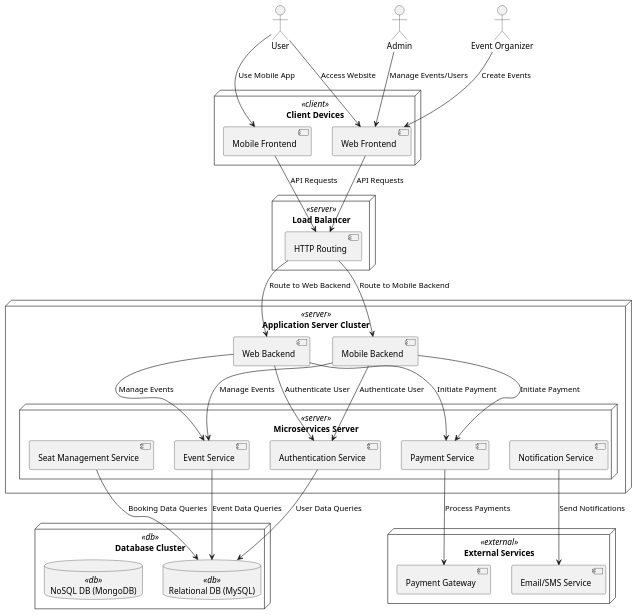
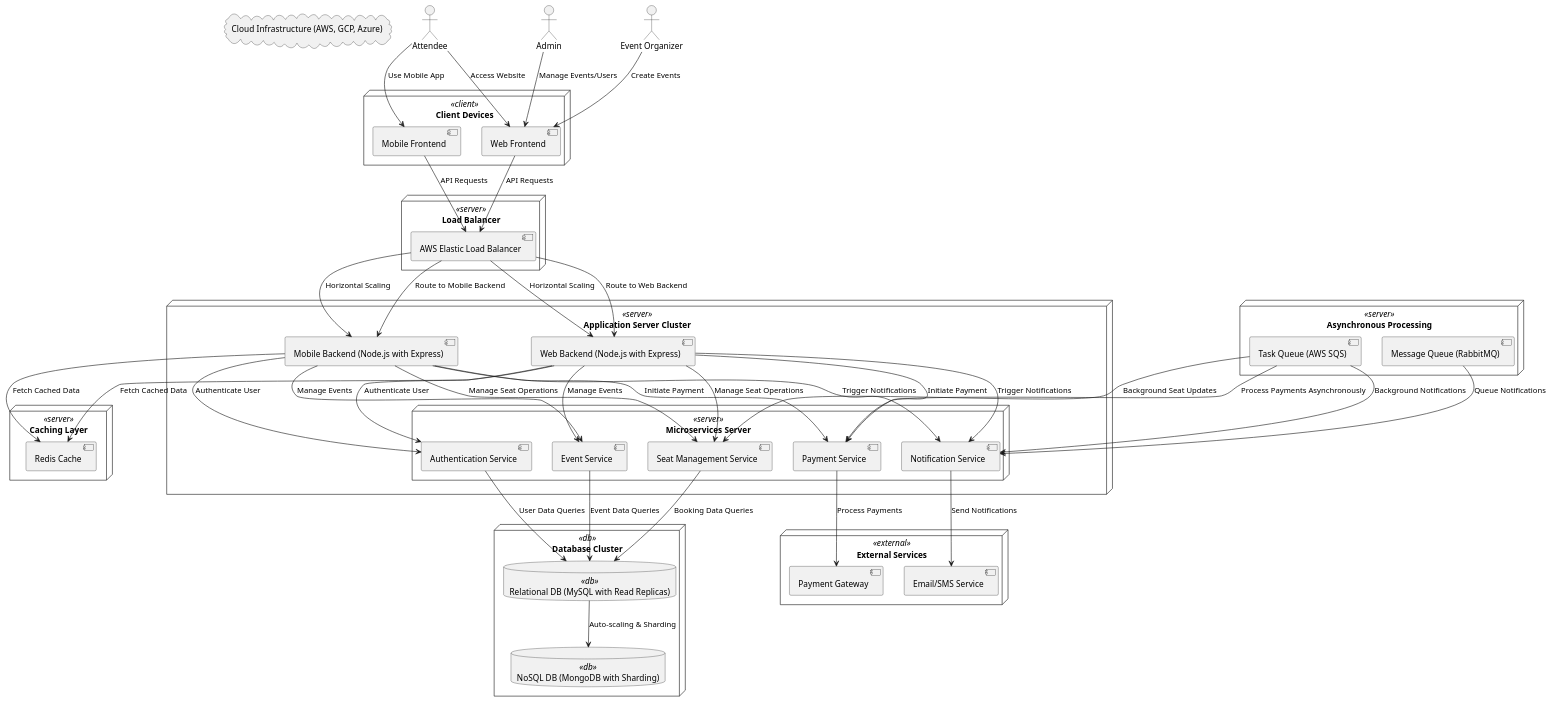
Before and after one commit to IIITLucknowSWEngg/CSITTeam012: the fourth of 4 diagrams in Assignment 02/Architecture.md, drawn with PlantUML. The commit also changed other lines of this file, not shown here.

````diff
--- a/Assignment 02/Architecture.md
+++ b/Assignment 02/Architecture.md
@@ -324,7 +324,7 @@
 }
 
 ' External Actors
-actor "User" as User
+actor "Attendee" as Attendee
 actor "Admin" as Admin
 actor "Event Organizer" as Organizer
 
@@ -336,13 +336,13 @@
 
 ' Load Balancer
 node "Load Balancer" <<server>> {
-    component "HTTP Routing" as HTTPRouting
+    component "AWS Elastic Load Balancer" as ELB
 }
 
 ' Application Servers
 node "Application Server Cluster" <<server>> {
-    component "Web Backend" as WebBackend
-    component "Mobile Backend" as MobileBackend
+    component "Web Backend (Node.js with Express)" as WebBackend
+    component "Mobile Backend (Node.js with Express)" as MobileBackend
     node "Microservices Server" <<server>> {
         component "Authentication Service" as AuthService
         component "Event Service" as EventService
@@ -352,10 +352,21 @@
     }
 }
 
+' Caching Layer
+node "Caching Layer" <<server>> {
+    component "Redis Cache" as Redis
+}
+
+' Asynchronous Processing
+node "Asynchronous Processing" <<server>> {
+    component "Task Queue (AWS SQS)" as TaskQueue
+    component "Message Queue (RabbitMQ)" as RabbitMQ
+}
+
 ' Databases
 node "Database Cluster" <<db>> {
-    database "Relational DB (MySQL)" as RelationalDB <<db>>
-    database "NoSQL DB (MongoDB)" as NoSQLDB <<db>>
+    database "Relational DB (MySQL with Read Replicas)" as RelationalDB <<db>>
+    database "NoSQL DB (MongoDB with Sharding)" as NoSQLDB <<db>>
 }
 
 ' External Services
@@ -364,25 +375,38 @@
     component "Email/SMS Service" as EmailService
 }
 
+' Cloud Platform
+cloud "Cloud Infrastructure (AWS, GCP, Azure)" as Cloud {
+    RelationalDB -down-> NoSQLDB : "Auto-scaling & Sharding"
+    ELB -down-> WebBackend : "Horizontal Scaling"
+    ELB -down-> MobileBackend : "Horizontal Scaling"
+}
+
 ' Relationships
-User --> WebBrowser : "Access Website"
-User --> MobileApp : "Use Mobile App"
+Attendee --> WebBrowser : "Access Website"
+Attendee --> MobileApp : "Use Mobile App"
 Admin --> WebBrowser : "Manage Events/Users"
 Organizer --> WebBrowser : "Create Events"
 
-WebBrowser --> HTTPRouting : "API Requests"
-MobileApp --> HTTPRouting : "API Requests"
+WebBrowser --> ELB : "API Requests"
+MobileApp --> ELB : "API Requests"
 
-HTTPRouting --> WebBackend : "Route to Web Backend"
-HTTPRouting --> MobileBackend : "Route to Mobile Backend"
+ELB --> WebBackend : "Route to Web Backend"
+ELB --> MobileBackend : "Route to Mobile Backend"
 
+WebBackend --> Redis : "Fetch Cached Data"
 WebBackend --> AuthService : "Authenticate User"
 WebBackend --> EventService : "Manage Events"
+WebBackend --> SeatService : "Manage Seat Operations"
 WebBackend --> PaymentService : "Initiate Payment"
+WebBackend --> NotificationService : "Trigger Notifications"
 
+MobileBackend --> Redis : "Fetch Cached Data"
 MobileBackend --> AuthService : "Authenticate User"
 MobileBackend --> EventService : "Manage Events"
+MobileBackend --> SeatService : "Manage Seat Operations"
 MobileBackend --> PaymentService : "Initiate Payment"
+MobileBackend --> NotificationService : "Trigger Notifications"
 
 AuthService --> RelationalDB : "User Data Queries"
 EventService --> RelationalDB : "Event Data Queries"
@@ -390,5 +414,11 @@
 PaymentService --> PaymentGateway : "Process Payments"
 NotificationService --> EmailService : "Send Notifications"
 
+TaskQueue --> NotificationService : "Background Notifications"
+TaskQueue --> PaymentService : "Process Payments Asynchronously"
+TaskQueue --> SeatService : "Background Seat Updates"
+
+RabbitMQ --> NotificationService : "Queue Notifications"
+
 @enduml
 ```
````
